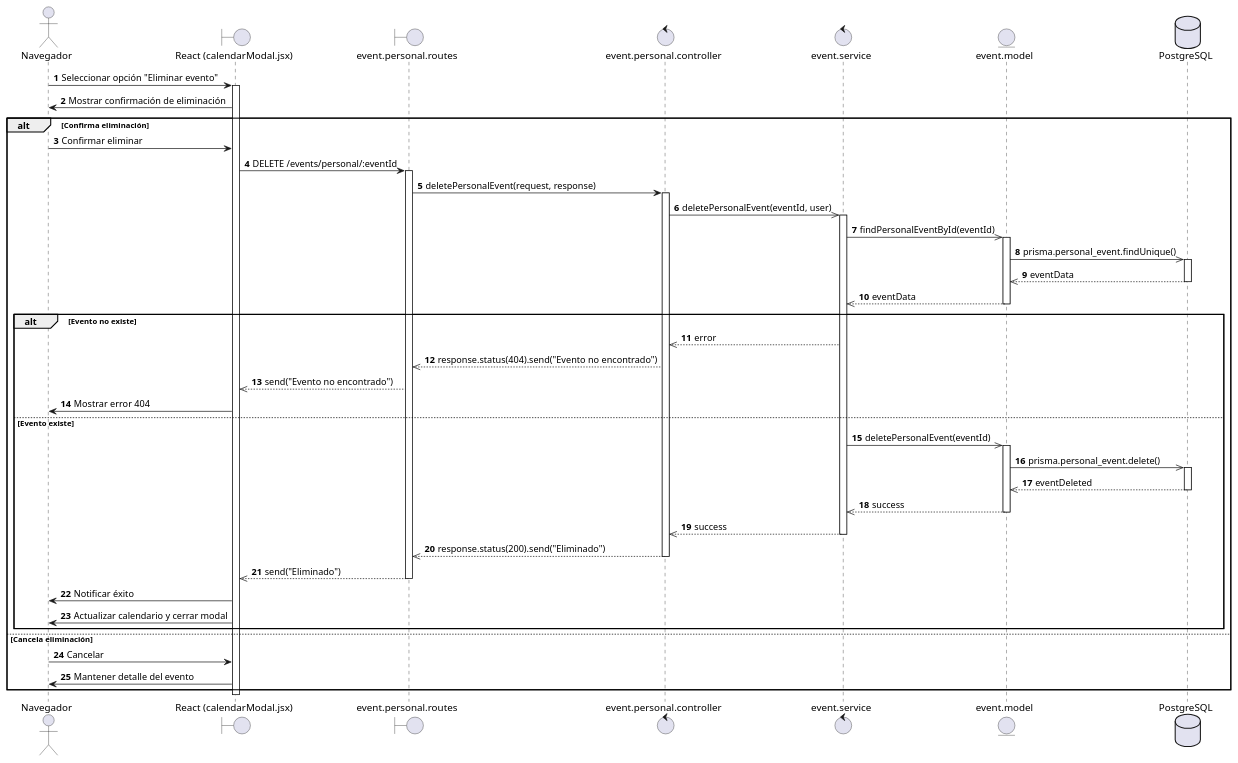
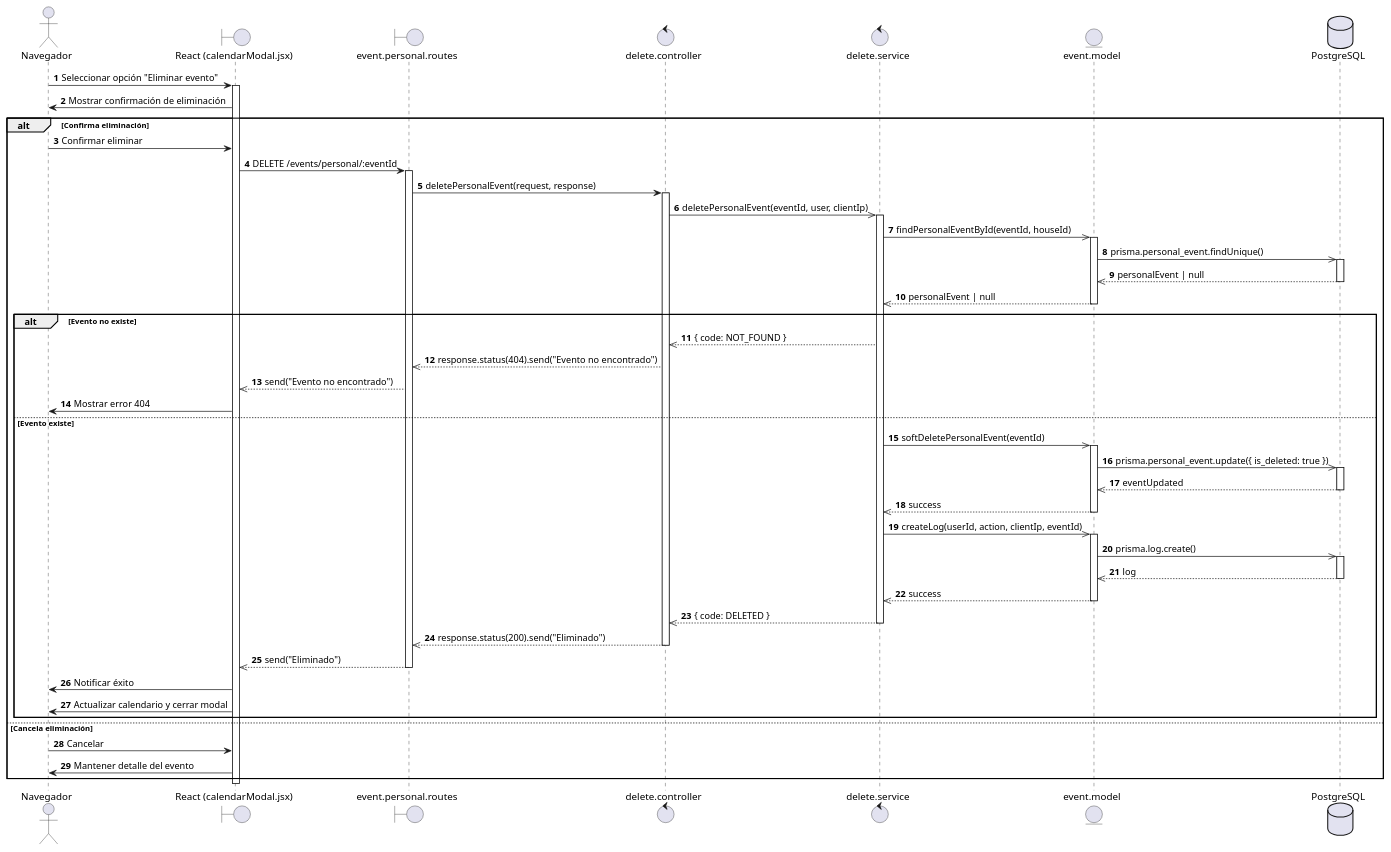
The diagram in diagrams/Sequence diagram/US84.puml (AztlanConsulting/RCHQ-Back), drawn with PlantUML before and after one commit.

Commit message:
docs(DS): Se modifica el diagrama de secuencia para eliminar evento de personal para estar acorde a la funcionalidad programada.

```diff
--- a/diagrams/Sequence diagram/US84.puml
+++ b/diagrams/Sequence diagram/US84.puml
@@ -1,82 +1,88 @@
-@startuml HU - Coordinador elimina evento de personal
+@startuml HU84 - Coordinador elimina evento de personal
 
 actor Navegador
 boundary "React (calendarModal.jsx)" as ReactView
 boundary "event.personal.routes" as routes
-control "event.personal.controller" as controller
-control event.service
-entity event.model
+control "delete.controller" as controller
+control "delete.service" as event.service
+entity "event.model" as event.model
 database PostgreSQL
 
 autonumber
 
 Navegador -> ReactView : Seleccionar opción "Eliminar evento"
 activate ReactView
 
 ReactView -> Navegador : Mostrar confirmación de eliminación
 
 alt Confirma eliminación
     Navegador -> ReactView : Confirmar eliminar
 
     ReactView -> routes : DELETE /events/personal/:eventId
     activate routes
 
     routes -> controller : deletePersonalEvent(request, response)
     activate controller
 
-    controller ->> event.service : deletePersonalEvent(eventId, user)
+    controller ->> event.service : deletePersonalEvent(eventId, user, clientIp)
     activate event.service
 
-    event.service ->> event.model : findPersonalEventById(eventId)
+    event.service ->> event.model : findPersonalEventById(eventId, houseId)
     activate event.model
 
     event.model ->> PostgreSQL : prisma.personal_event.findUnique()
     activate PostgreSQL
-    PostgreSQL -->> event.model : eventData
+    PostgreSQL -->> event.model : personalEvent | null
     deactivate PostgreSQL
-
-    event.model -->> event.service : eventData
+    event.model -->> event.service : personalEvent | null
     deactivate event.model
 
     alt Evento no existe
-        event.service -->> controller : error
+        event.service -->> controller : { code: NOT_FOUND }
 
         controller -->> routes : response.status(404).send("Evento no encontrado")
 
         routes -->> ReactView : send("Evento no encontrado")
 
         ReactView -> Navegador : Mostrar error 404
 
     else Evento existe
-        event.service ->> event.model : deletePersonalEvent(eventId)
+        event.service ->> event.model : softDeletePersonalEvent(eventId)
         activate event.model
-
-        event.model ->> PostgreSQL : prisma.personal_event.delete()
+        event.model ->> PostgreSQL : prisma.personal_event.update({ is_deleted: true })
         activate PostgreSQL
-        PostgreSQL -->> event.model : eventDeleted
+        PostgreSQL -->> event.model : eventUpdated
         deactivate PostgreSQL
-
         event.model -->> event.service : success
         deactivate event.model
 
-        event.service -->> controller : success
+        event.service ->> event.model : createLog(userId, action, clientIp, eventId)
+        activate event.model
+        event.model ->> PostgreSQL : prisma.log.create()
+        activate PostgreSQL
+        PostgreSQL -->> event.model : log
+        deactivate PostgreSQL
+        event.model -->> event.service : success
+        deactivate event.model
+
+        event.service -->> controller : { code: DELETED }
         deactivate event.service
 
         controller -->> routes : response.status(200).send("Eliminado")
         deactivate controller
 
         routes -->> ReactView : send("Eliminado")
         deactivate routes
 
         ReactView -> Navegador : Notificar éxito
         ReactView -> Navegador : Actualizar calendario y cerrar modal
     end
 
 else Cancela eliminación
     Navegador -> ReactView : Cancelar
     ReactView -> Navegador : Mantener detalle del evento
 end
 
 deactivate ReactView
 
 @enduml
```
